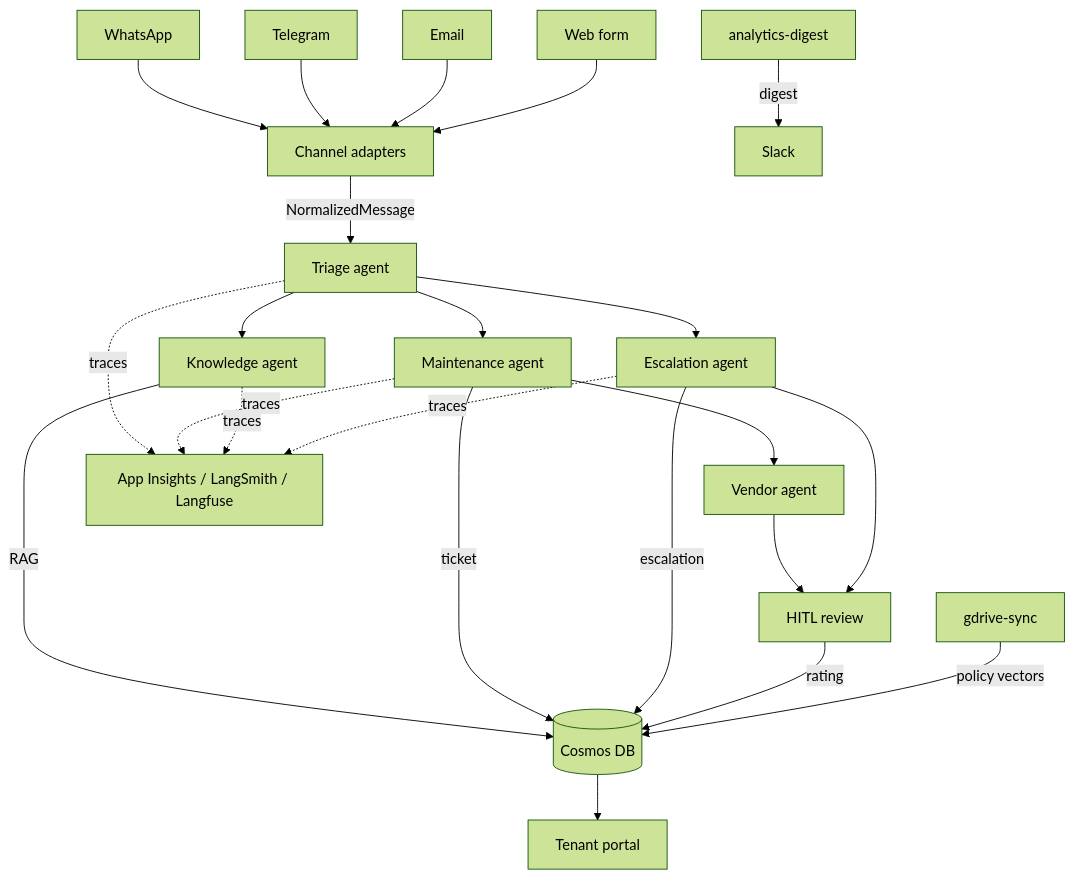
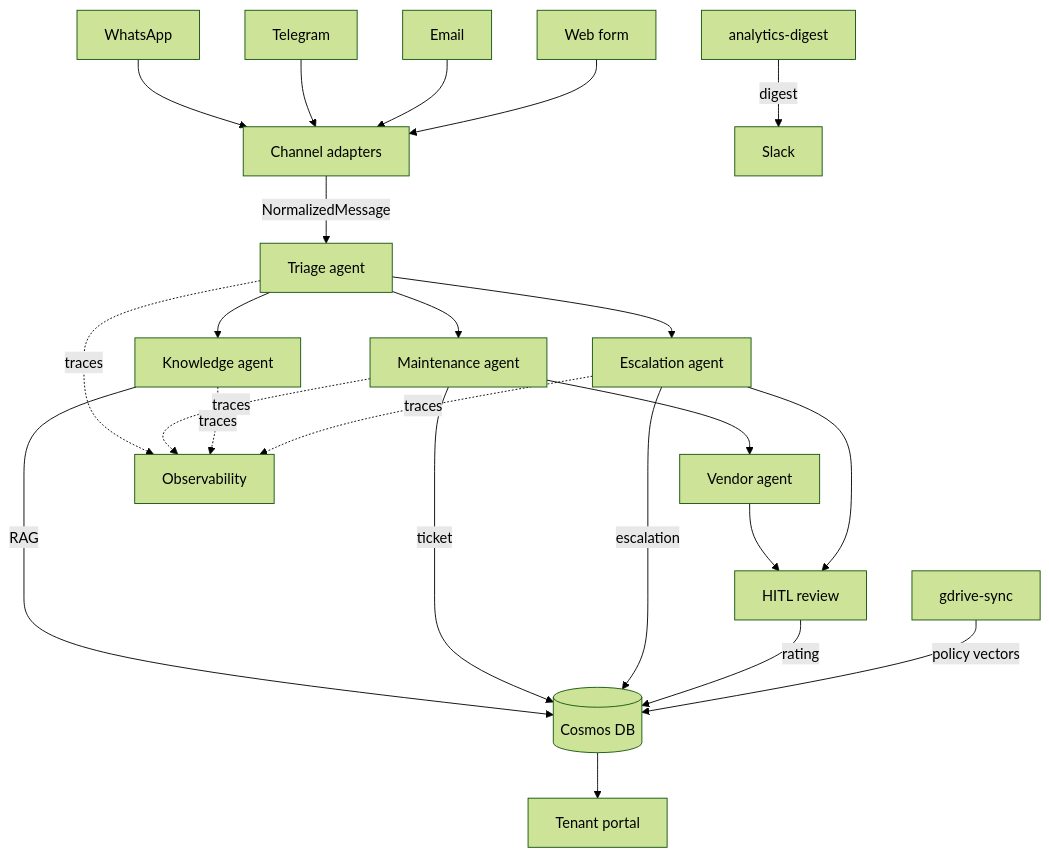
The first of 2 diagrams in docs/ARCHITECTURE.md (dharmendra-verma/CondoManager), drawn with Mermaid (forest theme) before and after one commit. The commit also changed other lines of this file, not shown here.

First line of the commit message:
docs: fix remaining VS Code Mermaid rendering issues in ARCHITECTURE.md

````diff
--- a/docs/ARCHITECTURE.md
+++ b/docs/ARCHITECTURE.md
@@ -29,32 +29,32 @@
 ```mermaid
 flowchart TB
     WA[WhatsApp] --> NORM[Channel adapters]
     TG[Telegram] --> NORM
     EM[Email] --> NORM
     WEB[Web form] --> NORM
 
     NORM -->|NormalizedMessage| TRIAGE[Triage agent]
 
     TRIAGE --> MAINT[Maintenance agent]
     TRIAGE --> KNOW[Knowledge agent]
     TRIAGE --> ESC[Escalation agent]
 
     MAINT --> VEND[Vendor agent]
     VEND --> HITL[HITL review]
     ESC --> HITL
 
     KNOW -->|RAG| COSMOS[(Cosmos DB)]
     MAINT -->|ticket| COSMOS
     ESC -->|escalation| COSMOS
     HITL -->|rating| COSMOS
 
     GD[gdrive-sync] -->|policy vectors| COSMOS
     AN[analytics-digest] -->|digest| SLACK[Slack]
 
     COSMOS --> PORTAL[Tenant portal]
 
-    TRIAGE -.->|traces| OBS[App Insights / LangSmith / Langfuse]
+    TRIAGE -.->|traces| OBS[Observability]
     MAINT -.->|traces| OBS
     KNOW -.->|traces| OBS
     ESC -.->|traces| OBS
 ```
````
